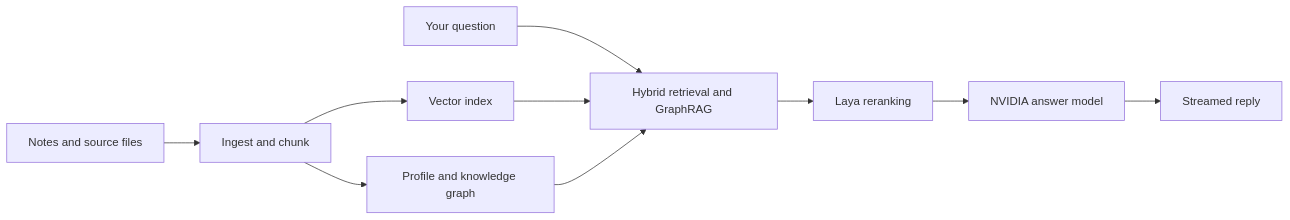
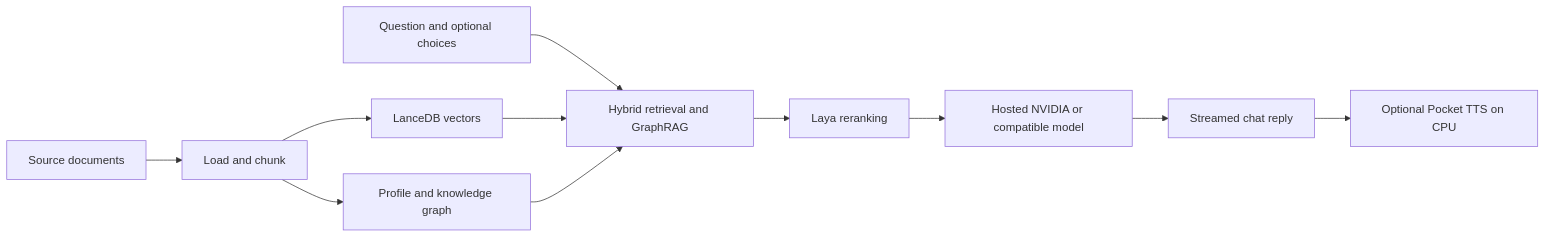
One commit to ShlokShah01/digital-twin changed the diagram in README.md. Above: the diagram before and after it, drawn with Mermaid. The commit also changed other lines of this file and 6 other files, not shown here.

````diff
--- a/README.md
+++ b/README.md
@@ -122,12 +228,13 @@
 ```mermaid
 flowchart LR
-    Files[Notes and source files] --> Ingest[Ingest and chunk]
-    Ingest --> Index[Vector index]
+    Files[Source documents] --> Ingest[Load and chunk]
+    Ingest --> Vectors[LanceDB vectors]
     Ingest --> Profile[Profile and knowledge graph]
-    Question[Your question] --> Retrieve[Hybrid retrieval and GraphRAG]
-    Index --> Retrieve
+    Question[Question and optional choices] --> Retrieve[Hybrid retrieval and GraphRAG]
+    Vectors --> Retrieve
     Profile --> Retrieve
     Retrieve --> Laya[Laya reranking]
-    Laya --> Model[NVIDIA answer model]
-    Model --> Reply[Streamed reply]
+    Laya --> Model[Hosted NVIDIA or compatible model]
+    Model --> Reply[Streamed chat reply]
+    Reply --> Speech[Optional Pocket TTS on CPU]
 ```
````
